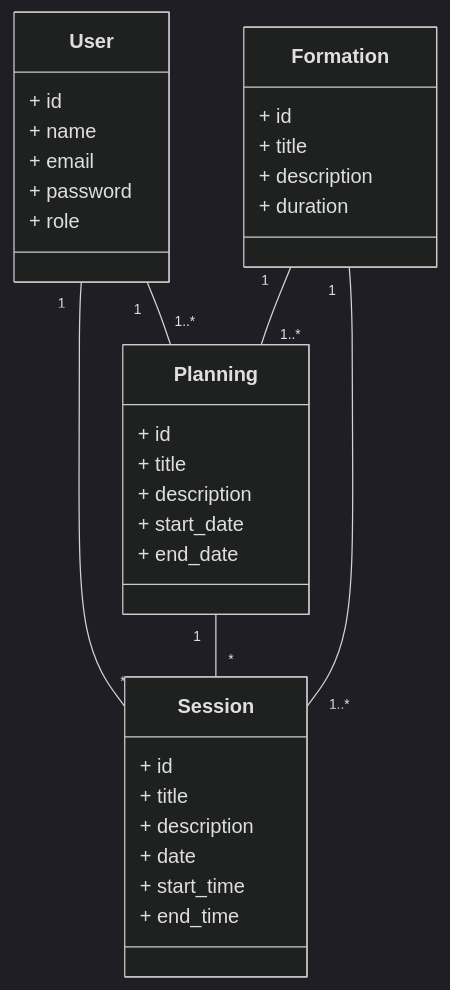
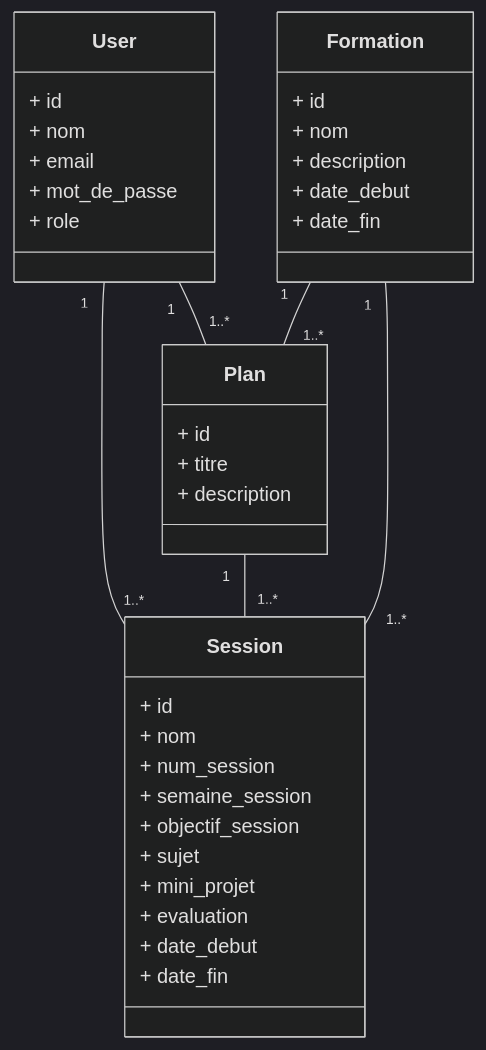
The diagram in PlanificationSessionFormation/Conception/classdiagramme.mmd (ZOUBAIRDouae/ui-ux_soliLMS), drawn with Mermaid (dark theme) before and after one commit. The commit also changed 1 other file, not shown here.

```diff
--- a/PlanificationSessionFormation/Conception/classdiagramme.mmd
+++ b/PlanificationSessionFormation/Conception/classdiagramme.mmd
@@ -1,40 +1,43 @@
 classDiagram
 
 class User {
     + id
-    + name
+    + nom
     + email
-    + password
+    + mot_de_passe
     + role
 }
 
-class Planning {
+class Plan {
     + id
-    + title
+    + titre
     + description
-    + start_date
-    + end_date
 }
 
 class Session {
     + id
-    + title
-    + description
-    + date
-    + start_time
-    + end_time
+    + nom
+    + num_session
+    + semaine_session
+    + objectif_session
+    + sujet
+    + mini_projet
+    + evaluation
+    + date_debut
+    + date_fin
 }
 
 class Formation {
     + id
-    + title
+    + nom
     + description
-    + duration
+    + date_debut
+    + date_fin
 }
 
 
-User "1" -- "1..*" Planning
-User "1" --  "*" Session
-Planning "1" --  "*" Session
+User "1" -- "1..*" Plan  
+User "1" --  "1..*" Session
+Plan "1" --  "1..*" Session
 Formation "1" -- "1..*" Session
-Formation "1" -- "1..*" Planning
+Formation "1" -- "1..*" Plan
```
